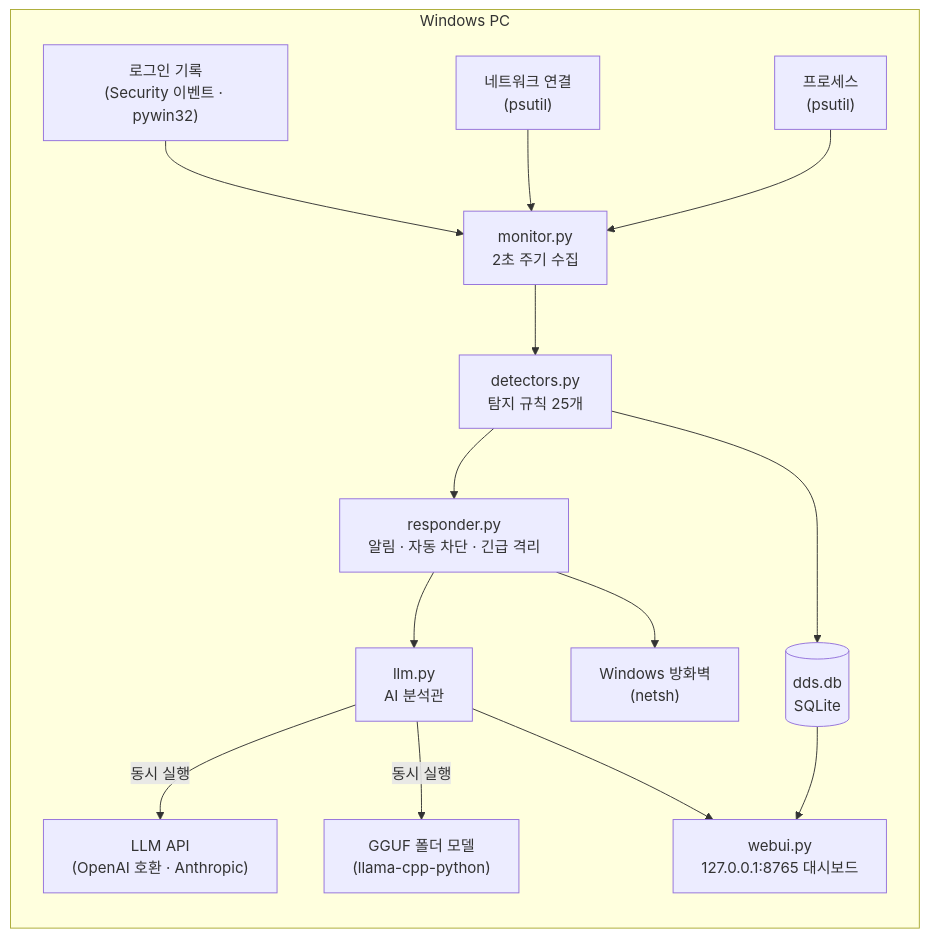
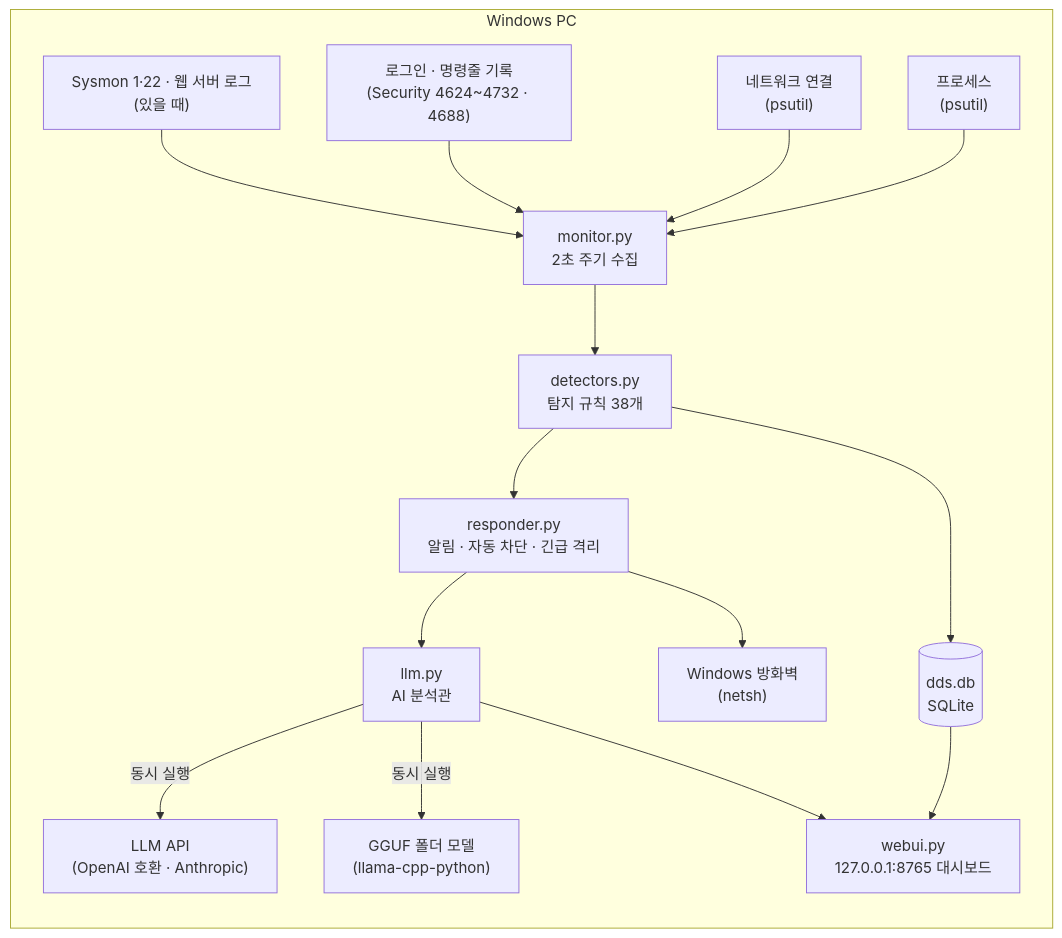
The diagram in README.md (Forests2/StayThere-IDS), drawn with Mermaid before and after one commit. The commit also changed other lines of this file and 17 other files, not shown here.

````diff
--- a/README.md
+++ b/README.md
@@ -88,17 +110,18 @@
 ```mermaid
 flowchart LR
   subgraph PC["Windows PC"]
     C1["프로세스<br/>(psutil)"] --> M
     C2["네트워크 연결<br/>(psutil)"] --> M
-    C3["로그인 기록<br/>(Security 이벤트 · pywin32)"] --> M
-    M["monitor.py<br/>2초 주기 수집"] --> D["detectors.py<br/>탐지 규칙 25개"]
+    C3["로그인 · 명령줄 기록<br/>(Security 4624~4732 · 4688)"] --> M
+    C4["Sysmon 1·22 · 웹 서버 로그<br/>(있을 때)"] --> M
+    M["monitor.py<br/>2초 주기 수집"] --> D["detectors.py<br/>탐지 규칙 38개"]
     D --> DB[("dds.db<br/>SQLite")]
     D --> R["responder.py<br/>알림 · 자동 차단 · 긴급 격리"]
     R --> FW["Windows 방화벽<br/>(netsh)"]
     R --> A["llm.py<br/>AI 분석관"]
     A -->|동시 실행| API["LLM API<br/>(OpenAI 호환 · Anthropic)"]
     A -->|동시 실행| G["GGUF 폴더 모델<br/>(llama-cpp-python)"]
     DB --> W["webui.py<br/>127.0.0.1:8765 대시보드"]
     A --> W
   end
 ```
````
